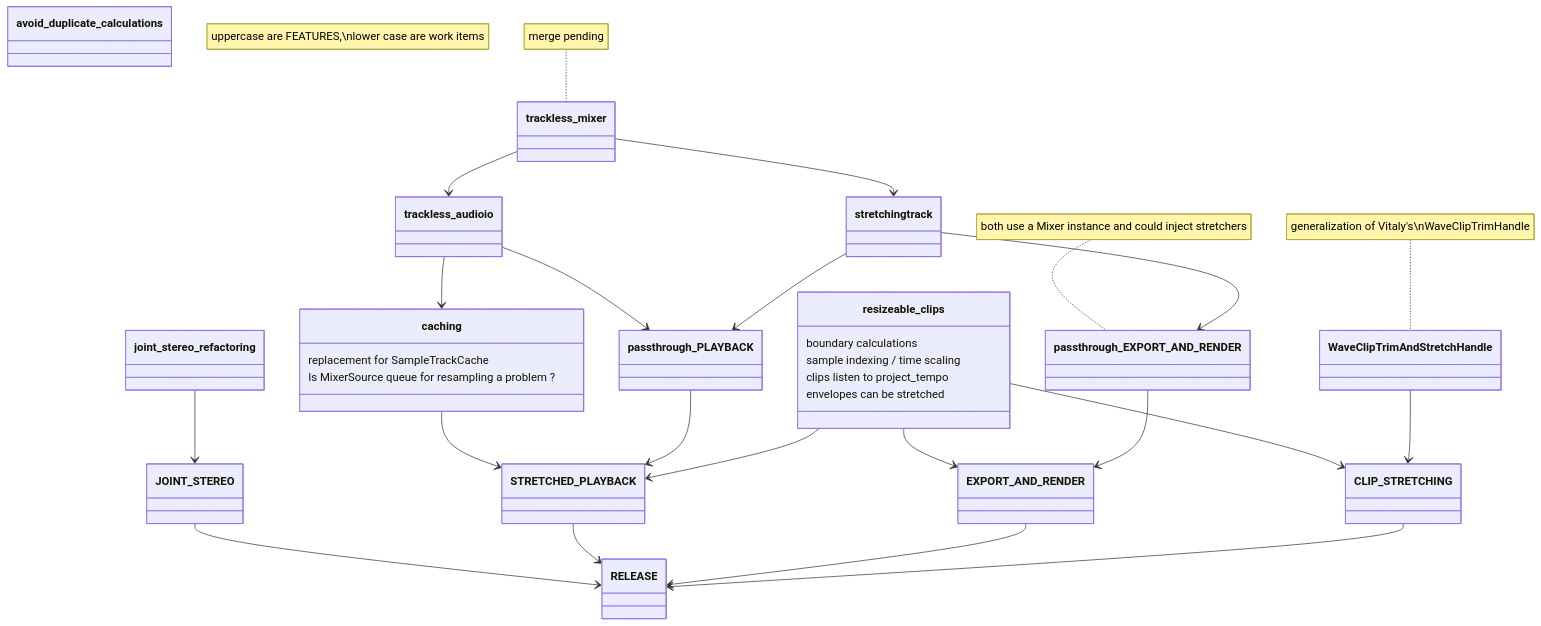
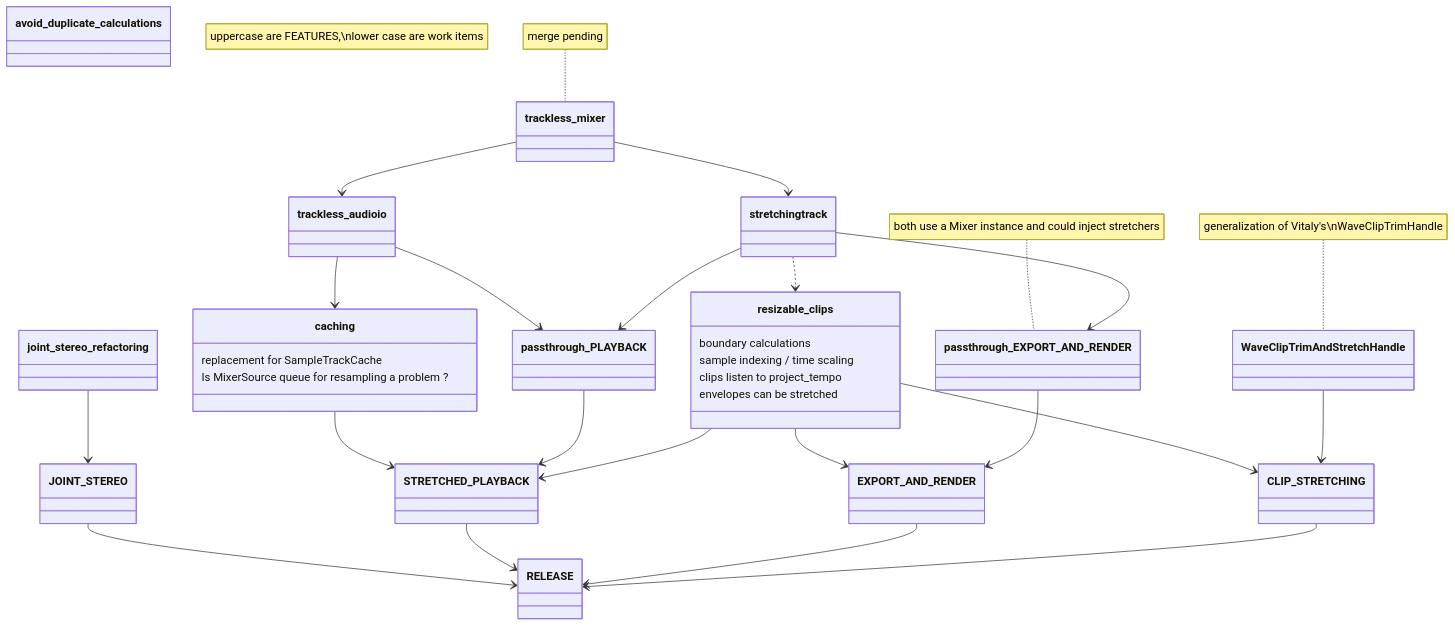
Before and after one commit to saintmatthieu/audacity: the diagram in path-to-release.md, drawn with Mermaid. The commit also changed other lines of this file, not shown here.

Commit message:
soft dependency from stretchingtrack to resizable_clips

````diff
--- a/path-to-release.md
+++ b/path-to-release.md
@@ -7,52 +7,53 @@
 ```mermaid
 classDiagram
 note "uppercase are FEATURES,\nlower case are work items"
 
 %% features
 class passthrough_PLAYBACK
 class passthrough_EXPORT_AND_RENDER
 class JOINT_STEREO
 class STRETCHED_PLAYBACK
 class EXPORT_AND_RENDER
 class CLIP_STRETCHING
 
-class resizeable_clips {
+class resizable_clips {
    boundary calculations
    sample indexing / time scaling
    clips listen to project_tempo
    envelopes can be stretched
 }
 
 class caching {
    replacement for SampleTrackCache
    Is MixerSource queue for resampling a problem ?
 }
 
 joint_stereo_refactoring --> JOINT_STEREO
 trackless_audioio --> passthrough_PLAYBACK
 trackless_audioio --> caching
 caching --> STRETCHED_PLAYBACK
 passthrough_PLAYBACK --> STRETCHED_PLAYBACK
 trackless_mixer --> trackless_audioio
 class avoid_duplicate_calculations
 
+stretchingtrack ..> resizable_clips
 trackless_mixer --> stretchingtrack
-resizeable_clips --> STRETCHED_PLAYBACK
-resizeable_clips --> EXPORT_AND_RENDER
+resizable_clips --> STRETCHED_PLAYBACK
+resizable_clips --> EXPORT_AND_RENDER
 stretchingtrack --> passthrough_EXPORT_AND_RENDER
 passthrough_EXPORT_AND_RENDER --> EXPORT_AND_RENDER
-resizeable_clips --> CLIP_STRETCHING
+resizable_clips --> CLIP_STRETCHING
 WaveClipTrimAndStretchHandle --> CLIP_STRETCHING
 stretchingtrack --> passthrough_PLAYBACK
 
 JOINT_STEREO --> RELEASE
 STRETCHED_PLAYBACK --> RELEASE
 EXPORT_AND_RENDER --> RELEASE
 CLIP_STRETCHING --> RELEASE
 
 note for WaveClipTrimAndStretchHandle "generalization of Vitaly's\nWaveClipTrimHandle"
 
 note for passthrough_EXPORT_AND_RENDER "both use a Mixer instance and could inject stretchers"
 
 note for trackless_mixer "merge pending"
 ```
````
